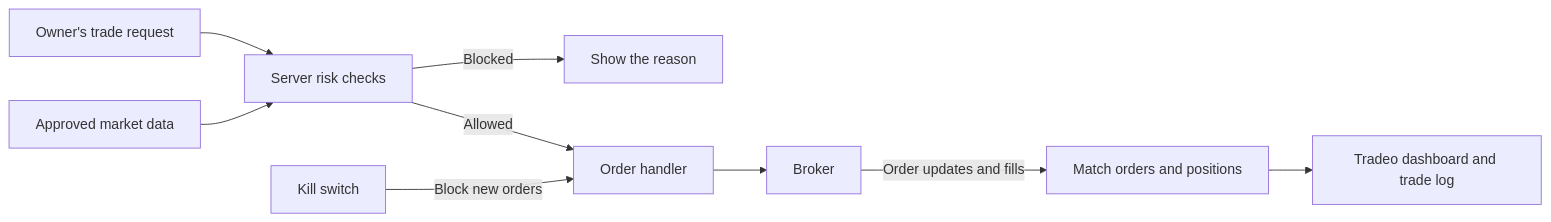
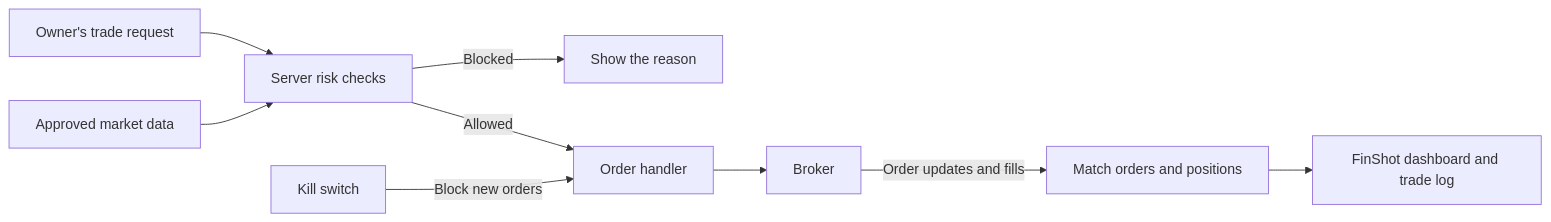
One commit to akaAvinash/finshot changed the fourth of 5 diagrams in README.md. Above: the diagram before and after it, drawn with Mermaid. The commit also changed other lines of this file and 49 other files, not shown here.

First line of the commit message:
Connect FinShot Trade Controls and demo broker accounts (#70)

````diff
--- a/README.md
+++ b/README.md
@@ -98,11 +96,11 @@
 ```mermaid
 flowchart LR
     Intent["Owner's trade request"] --> Risk["Server risk checks"]
     Quotes["Approved market data"] --> Risk
     Risk -->|Blocked| Reason["Show the reason"]
     Risk -->|Allowed| Orders["Order handler"]
     Stop["Kill switch"] -->|Block new orders| Orders
     Orders --> Broker["Broker"]
     Broker -->|Order updates and fills| Check["Match orders and positions"]
-    Check --> Dashboard["Tradeo dashboard and trade log"]
+    Check --> Dashboard["FinShot dashboard and trade log"]
 ```
````
